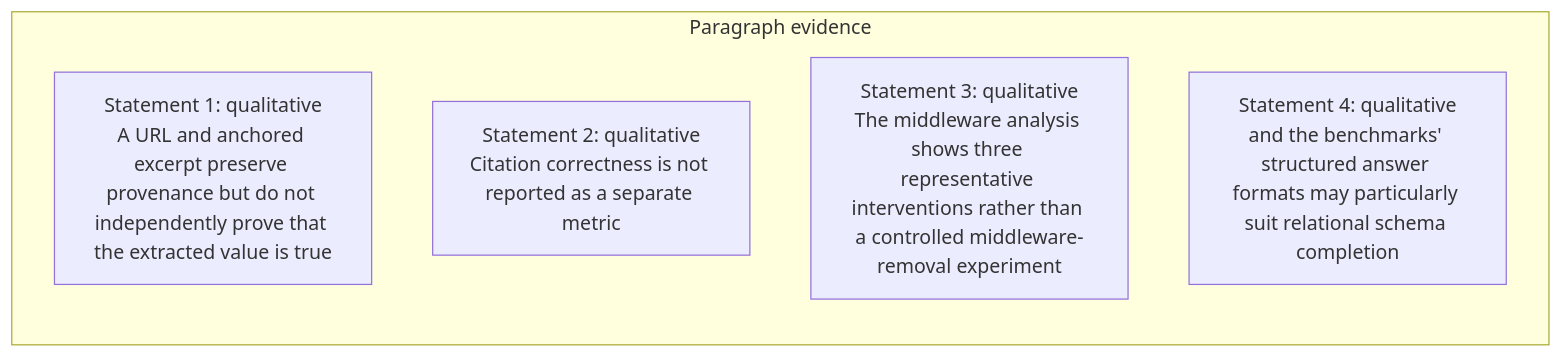
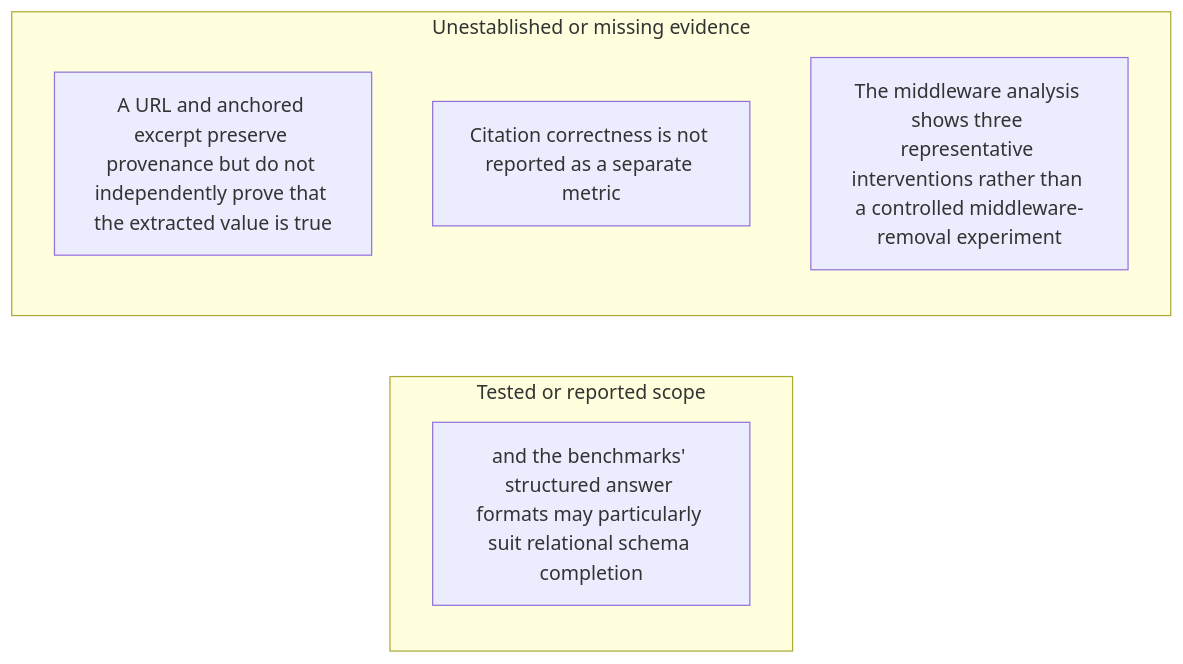
One commit to Betancourt1/paper_atlas changed diagram 40 of 51 in docs/visual-manifests/VISUAL_MANIFEST_SEARCHOS_V1.md. Above: the diagram before and after it, drawn with Mermaid. The commit also changed other lines of this file and 7 other files, not shown here.

````diff
--- a/docs/visual-manifests/VISUAL_MANIFEST_SEARCHOS_V1.md
+++ b/docs/visual-manifests/VISUAL_MANIFEST_SEARCHOS_V1.md
@@ -3396,9 +3411,11 @@
 ```mermaid
 flowchart LR
-  subgraph p1["Paragraph evidence"]
-    p1r1["Statement 1: qualitative<br/>A URL and anchored excerpt preserve provenance but do not independently prove that the extracted value is true"]
-    p1r2["Statement 2: qualitative<br/>Citation correctness is not reported as a separate metric"]
-    p1r3["Statement 3: qualitative<br/>The middleware analysis shows three representative interventions rather than a controlled middleware-removal experiment"]
-    p1r4["Statement 4: qualitative<br/>and the benchmarks' structured answer formats may particularly suit relational schema completion"]
+  subgraph g1["Tested or reported scope"]
+    g1i1["and the benchmarks' structured answer formats may particularly suit relational schema completion"]
+  end
+  subgraph g2["Unestablished or missing evidence"]
+    g2i1["A URL and anchored excerpt preserve provenance but do not independently prove that the extracted value is true"]
+    g2i2["Citation correctness is not reported as a separate metric"]
+    g2i3["The middleware analysis shows three representative interventions rather than a controlled middleware-removal experiment"]
   end
 ```
````
